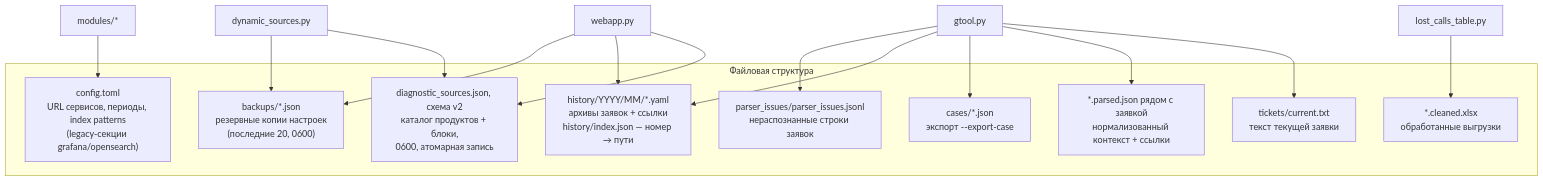
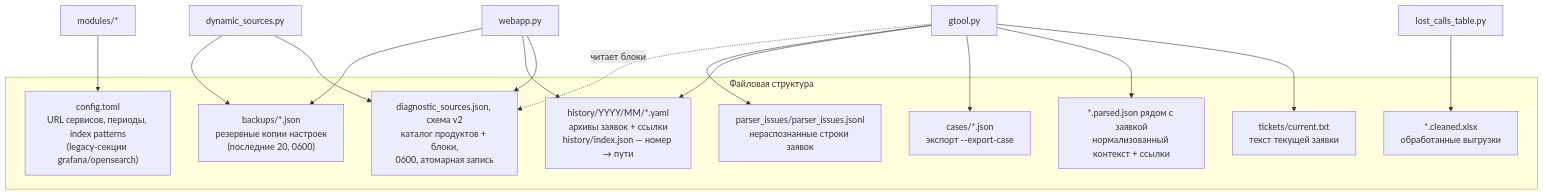
The ninth of 11 diagrams in docs/ARCHITECTURE.md (shifter1710/l2tool), drawn with Mermaid before and after one commit. The commit also changed other lines of this file and 1 other file, not shown here.

First line of the commit message:
docs: режимы конфигурации CLI (динамический приоритетнее, статический — фолбэк)

````diff
--- a/docs/ARCHITECTURE.md
+++ b/docs/ARCHITECTURE.md
@@ -371,27 +377,28 @@
 ```mermaid
 flowchart TB
     subgraph files["Файловая структура"]
         configtoml["config.toml<br/>URL сервисов, периоды, index patterns<br/>(legacy-секции grafana/opensearch)"]
         dsjson["diagnostic_sources.json, схема v2<br/>каталог продуктов + блоки,<br/>0600, атомарная запись"]
         backupsdir["backups/*.json<br/>резервные копии настроек<br/>(последние 20, 0600)"]
         tickets["tickets/current.txt<br/>текст текущей заявки"]
         sidecar["*.parsed.json рядом с заявкой<br/>нормализованный контекст + ссылки"]
         cases["cases/*.json<br/>экспорт --export-case"]
         histdir["history/YYYY/MM/*.yaml<br/>архивы заявок + ссылки<br/>history/index.json — номер → пути"]
         pissues["parser_issues/parser_issues.jsonl<br/>нераспознанные строки заявок"]
         cleaned["*.cleaned.xlsx<br/>обработанные выгрузки"]
     end
 
     gtoolCli["gtool.py"] --> tickets
     gtoolCli --> sidecar
     gtoolCli --> cases
     gtoolCli --> histdir
     gtoolCli --> pissues
+    gtoolCli -.->|"читает блоки"| dsjson
     webapp2["webapp.py"] --> dsjson
     webapp2 --> histdir
     webapp2 --> backupsdir
     modules2["modules/*"] --> configtoml
     dynamic2["dynamic_sources.py"] --> dsjson
     dynamic2 --> backupsdir
     lost2["lost_calls_table.py"] --> cleaned
 ```
````
